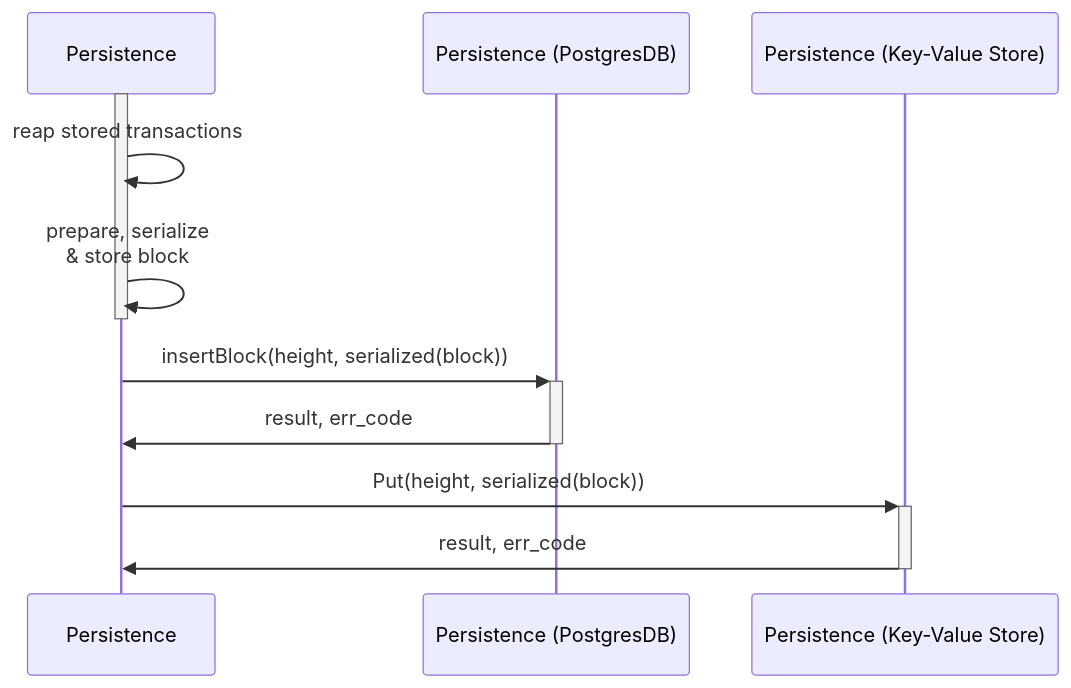
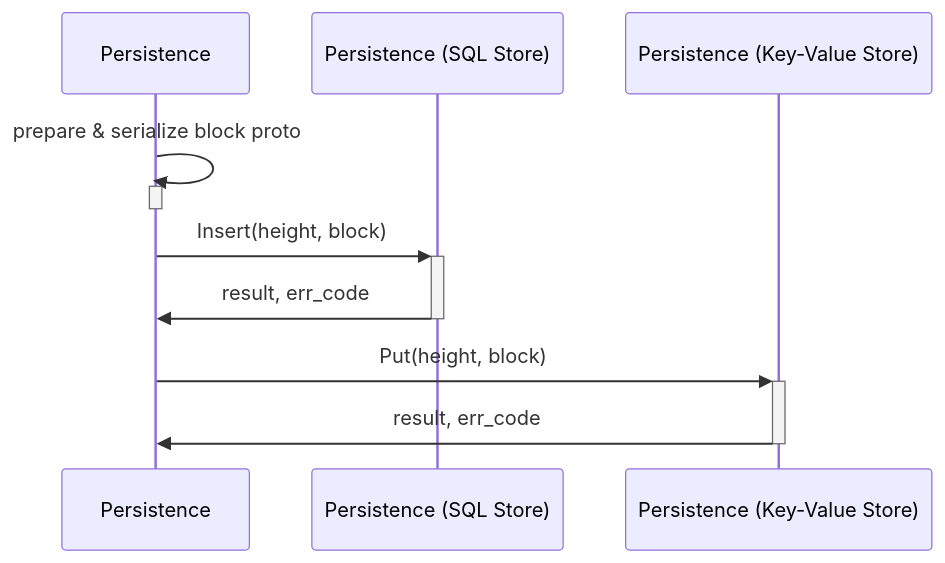
The second of 2 diagrams in persistence/docs/PROTOCOL_STATE_HASH.md (pokt-network/pocket), drawn with Mermaid before and after one commit. The commit also changed other lines of this file and 14 other files, not shown here.

````diff
--- a/persistence/docs/PROTOCOL_STATE_HASH.md
+++ b/persistence/docs/PROTOCOL_STATE_HASH.md
@@ -37,17 +69,18 @@
 ```mermaid
 sequenceDiagram
-    %% autonumber
     participant P as Persistence
-    participant PP as Persistence (PostgresDB)
-    participant PK as Persistence (Key-Value Store)
+    participant PSQL as Persistence (SQL Store)
+    participant PKV as Persistence (Key-Value Store)
 
+    P->>P: prepare & serialize block proto
     activate P
-    P->>P: reap stored transactions
-    P->>P: prepare, serialize <br> & store block
     deactivate P
 
-    P->>+PP: insertBlock(height, serialized(block))
-    PP->>-P: result, err_code
-    P->>+PK: Put(height, serialized(block))
-    PK->>-P: result, err_code
+    %% Insert into the SQL store
+    P->>+PSQL: Insert(height, block)
+    PSQL->>-P: result, err_code
+
+    %% Insert into the Block Store (i.e. Key-Value store)
+    P->>+PKV: Put(height, block)
+    PKV->>-P: result, err_code
 ```
````
